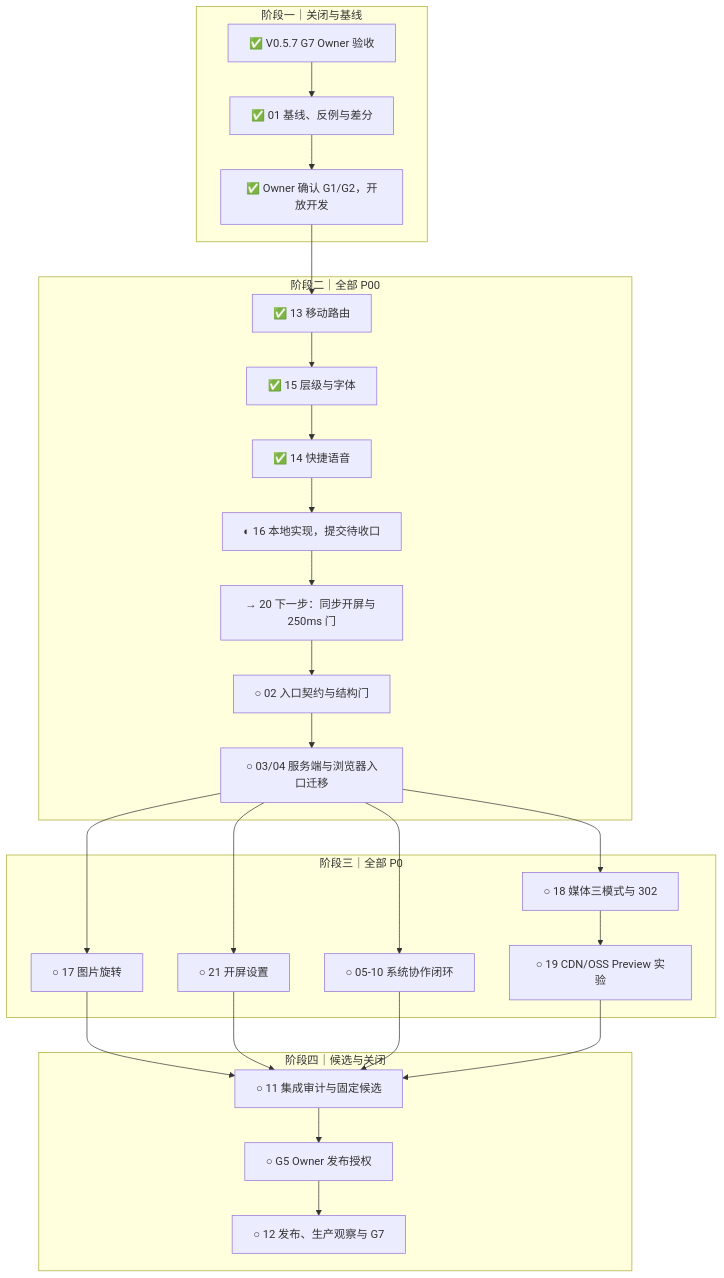
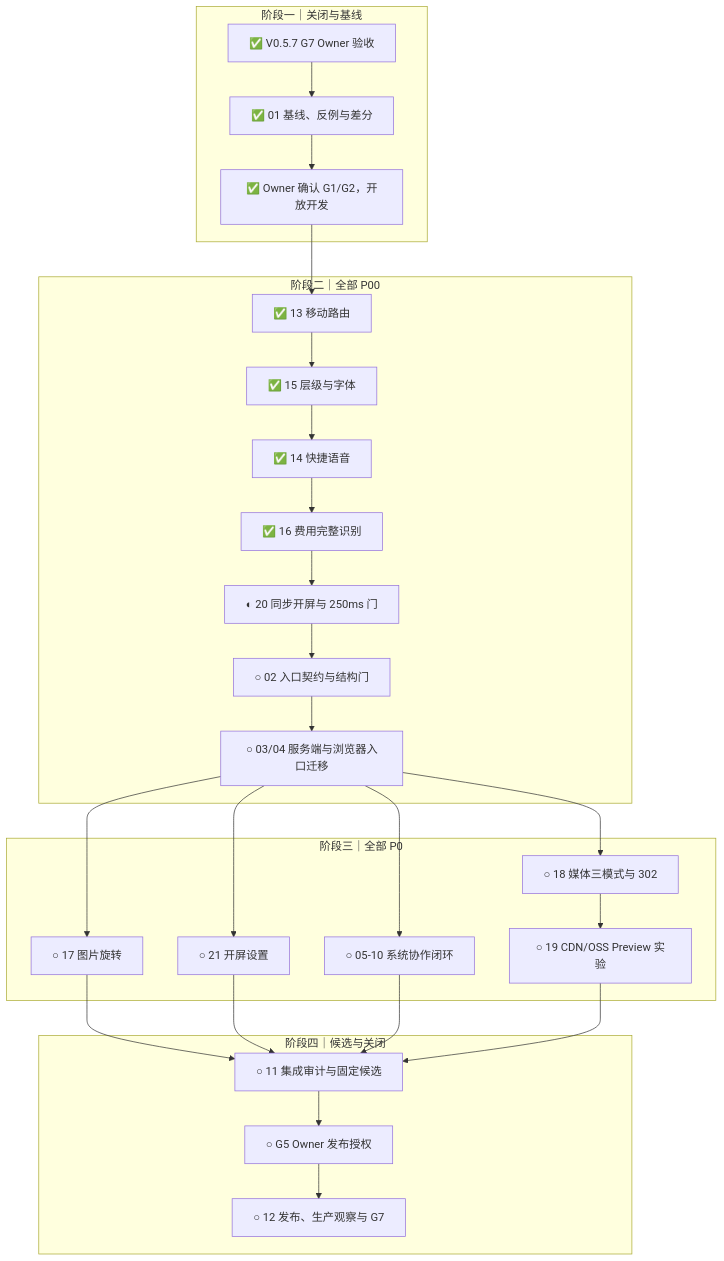
The diagram in reports/iteration-plan-v0.5.8-2026-10-05.md (77Liu/for-now), drawn with Mermaid before and after one commit. The commit also changed other lines of this file and 7 other files, not shown here.

````diff
--- a/reports/iteration-plan-v0.5.8-2026-10-05.md
+++ b/reports/iteration-plan-v0.5.8-2026-10-05.md
@@ -207,31 +207,31 @@
 ```mermaid
 flowchart TD
   subgraph GATE["阶段一｜关闭与基线"]
     A["✅ V0.5.7 G7 Owner 验收"] --> B["✅ 01 基线、反例与差分"]
     B --> C["✅ Owner 确认 G1/G2，开放开发"]
   end
   subgraph P00["阶段二｜全部 P00"]
     C --> D1["✅ 13 移动路由"]
     D1 --> D2["✅ 15 层级与字体"]
     D2 --> E["✅ 14 快捷语音"]
-    E --> F["◐ 16 本地实现，提交待收口"]
-    F --> G["→ 20 下一步：同步开屏与 250ms 门"]
+    E --> F["✅ 16 费用完整识别"]
+    F --> G["◐ 20 同步开屏与 250ms 门"]
     G --> H["○ 02 入口契约与结构门"]
     H --> I["○ 03/04 服务端与浏览器入口迁移"]
   end
   subgraph P0["阶段三｜全部 P0"]
     I --> J["○ 17 图片旋转"]
     I --> K["○ 18 媒体三模式与 302"]
     I --> L["○ 21 开屏设置"]
     I --> M["○ 05-10 系统协作闭环"]
     K --> N["○ 19 CDN/OSS Preview 实验"]
   end
   subgraph RELEASE["阶段四｜候选与关闭"]
     J --> O["○ 11 集成审计与固定候选"]
     L --> O
     M --> O
     N --> O
     O --> P["○ G5 Owner 发布授权"]
     P --> Q["○ 12 发布、生产观察与 G7"]
   end
 ```
````
